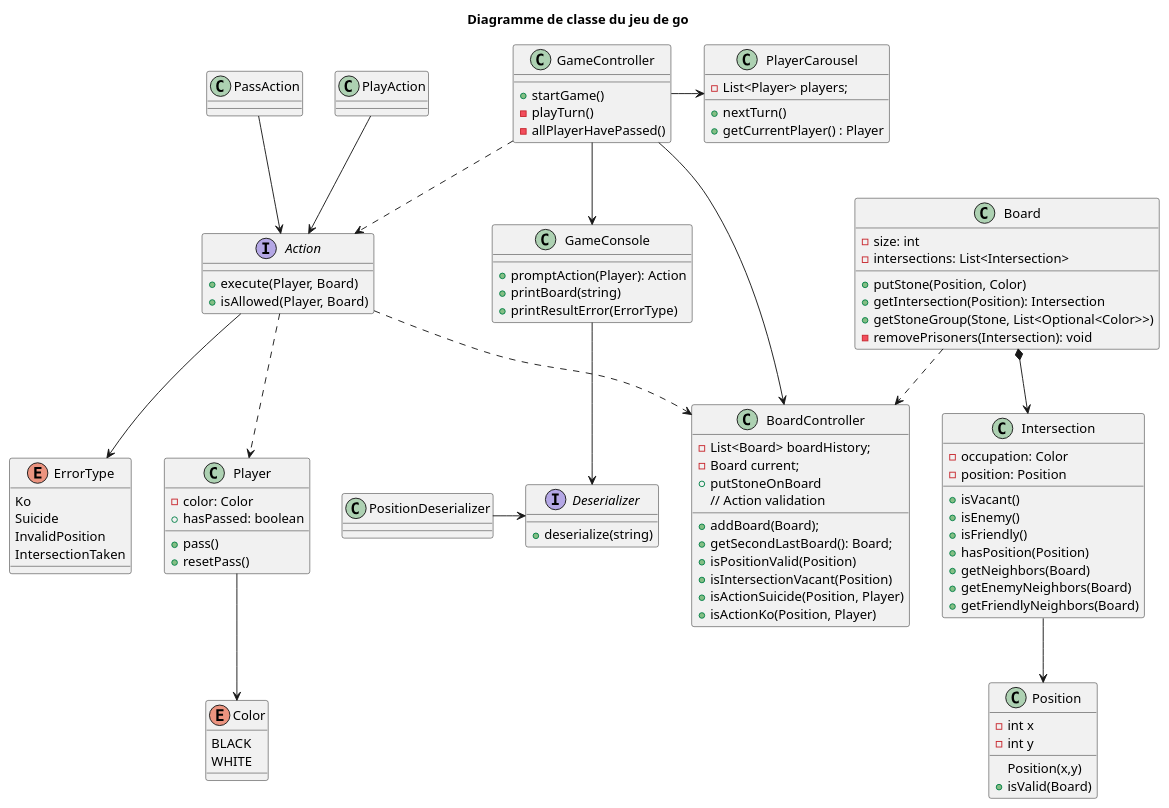
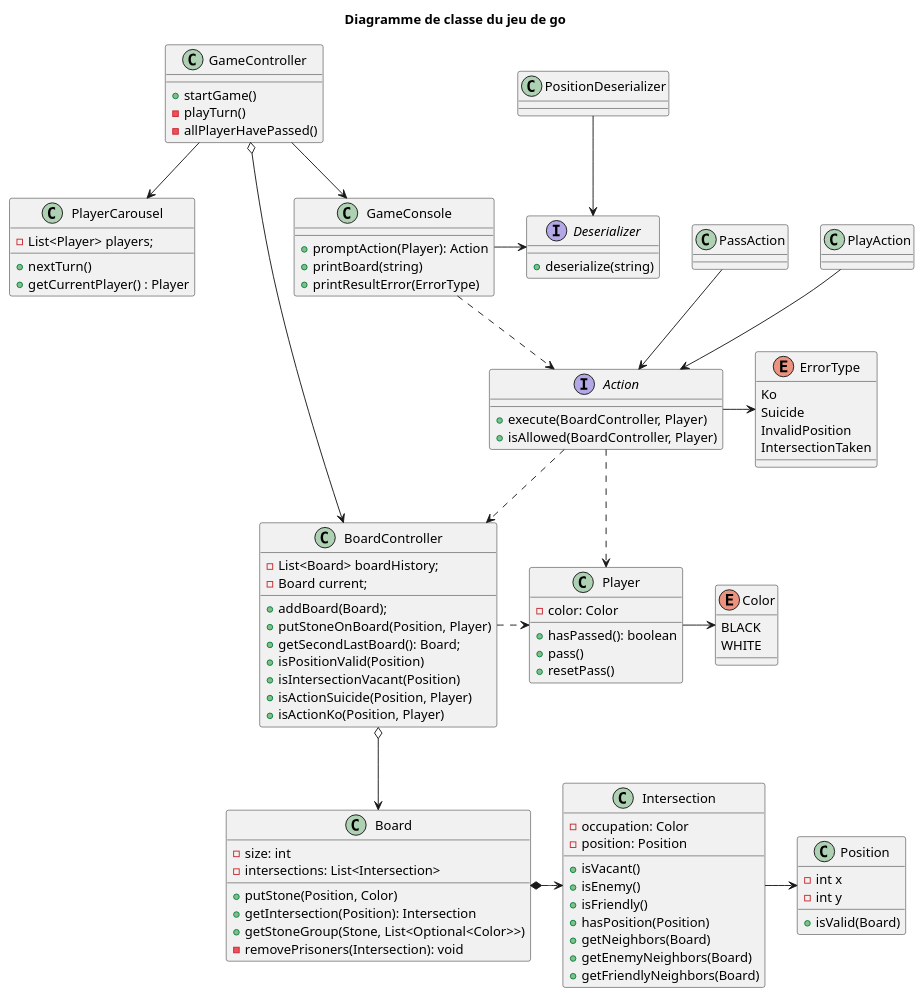
The diagram in Conception.puml (pierrelucueisd/compteurpoints-jeu-go-java), drawn with PlantUML before and after one commit.

Commit message:
Correction du diagramme de conception

```diff
--- a/Conception.puml
+++ b/Conception.puml
@@ -1,121 +1,115 @@
 @startuml
 
 title Diagramme de classe du jeu de go
 
 class GameController {
     + startGame()
     - playTurn()
     - allPlayerHavePassed()
 }
 
 class GameConsole {
     + promptAction(Player): Action
     + printBoard(string)
     + printResultError(ErrorType)
 }
 
 interface Deserializer {
     + deserialize(string)
 }
 
-class PositionDeserializer {
+interface Action {
+    + execute(BoardController, Player)
+    + isAllowed(BoardController, Player)
 }
-
-interface Action {
-    + execute(Player, Board)
-    + isAllowed(Player, Board)
-}
-
-class PassAction {}
-class PlayAction {}
 
 enum ErrorType {
     Ko
     Suicide
     InvalidPosition
     IntersectionTaken
 }
 
 class PlayerCarousel {
     - List<Player> players;
     + nextTurn()
     + getCurrentPlayer() : Player
 }
 
 class Player {
     - color: Color
-    + hasPassed: boolean
+    + hasPassed(): boolean
     + pass()
     + resetPass()
 }
 
 enum Color{
     BLACK
     WHITE
 }
 
 class Board {
     - size: int
     - intersections: List<Intersection>
     + putStone(Position, Color)
     + getIntersection(Position): Intersection
     + getStoneGroup(Stone, List<Optional<Color>>)
     - removePrisoners(Intersection): void
 }
 
 class BoardController {
     - List<Board> boardHistory;
     - Board current;
     + addBoard(Board);
-    + putStoneOnBoard
+    + putStoneOnBoard(Position, Player)
     + getSecondLastBoard(): Board;
-    // Action validation
     + isPositionValid(Position)
     + isIntersectionVacant(Position)
     + isActionSuicide(Position, Player)
     + isActionKo(Position, Player)
 }
 
 class Intersection {
     - occupation: Color
     - position: Position
     + isVacant()
     + isEnemy()
     + isFriendly()
     + hasPosition(Position)
     + getNeighbors(Board)
     + getEnemyNeighbors(Board)
     + getFriendlyNeighbors(Board)
 }
 
 class Position {
-    Position(x,y)
     - int x
     - int y
     + isValid(Board)
 }
 
-Action -.> Player
+GameController o-> BoardController
+GameController --> PlayerCarousel
+GameController --> GameConsole
+
+GameConsole -> Deserializer
+GameConsole -.> Action
+
+BoardController o--> Board
+BoardController .> Player
+
+Board *-> Intersection
+
+Intersection -> Position
+
+PositionDeserializer --> Deserializer
+
 Action -.> BoardController
-Action --> ErrorType
+Action .> Player
+Action -> ErrorType
 
 PassAction --> Action
 PlayAction --> Action
 
-Intersection --> Position
-
-Board *--> Intersection
-Board -.> BoardController
-
-GameController -.> Action
-GameController --> BoardController
-GameController -> PlayerCarousel
-GameController --> GameConsole
-
-GameConsole --> Deserializer
-
-PositionDeserializer -> Deserializer
-
-Player --> Color
+Player -> Color
 
 @enduml
```
